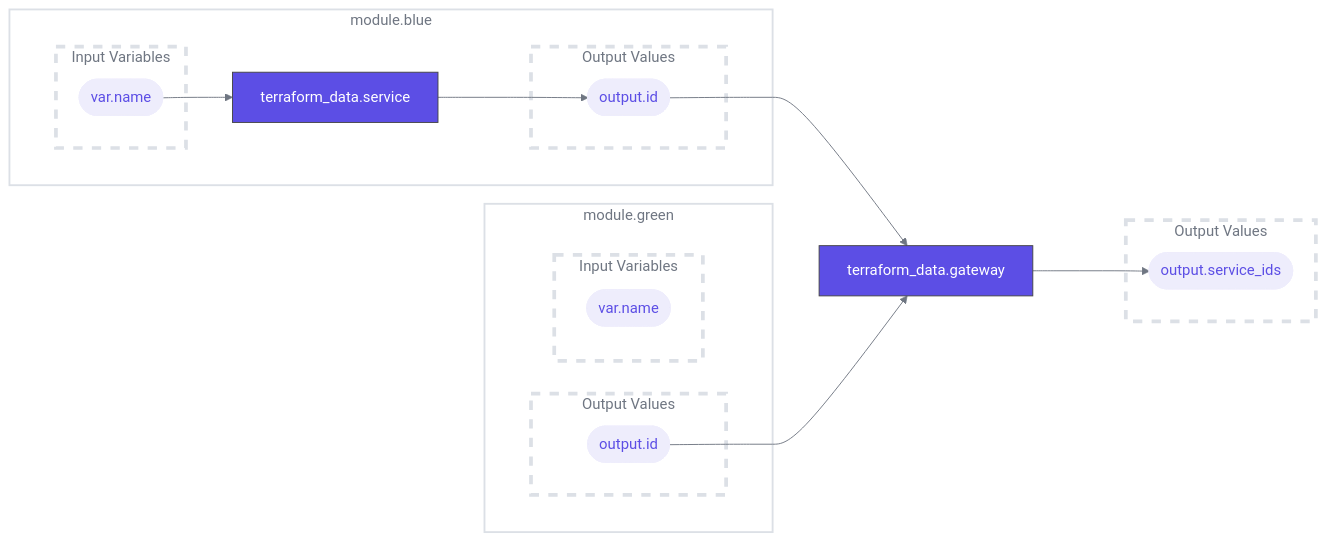
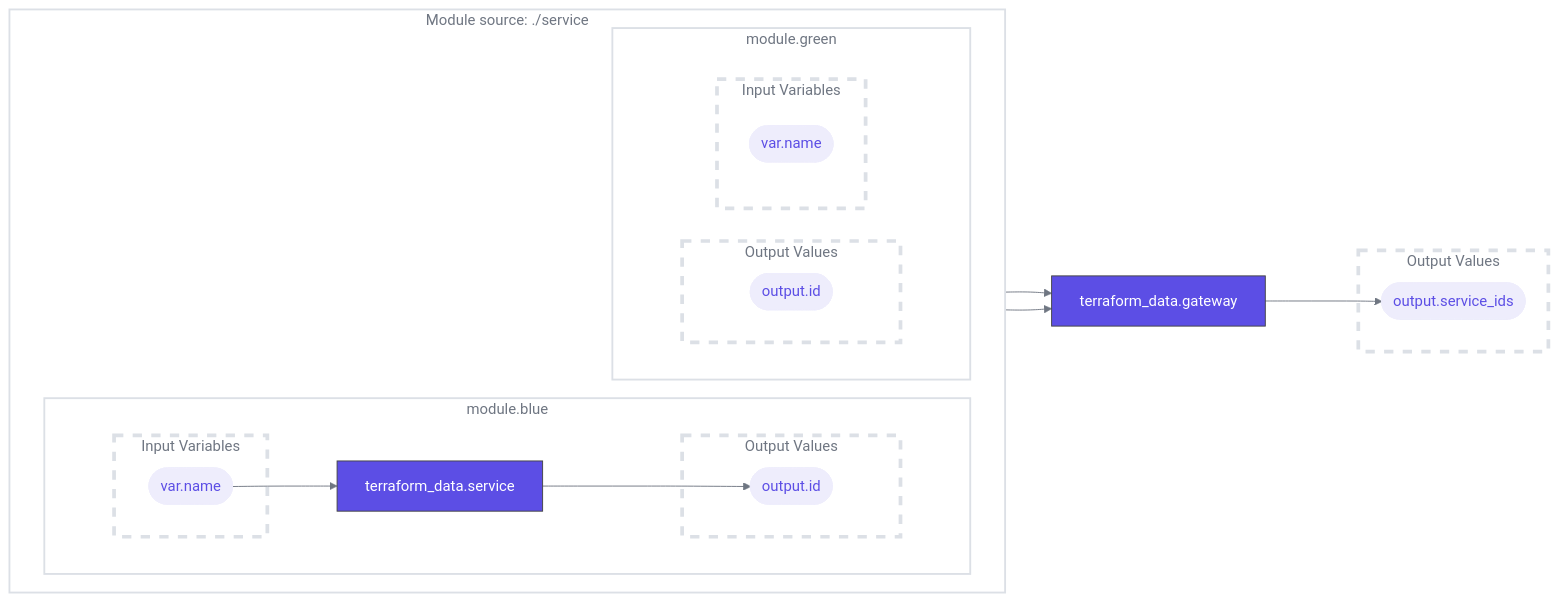
The third of 21 diagrams in README.md (asannou/tfmermaid-action), drawn with Mermaid before and after one commit. The commit also changed other lines of this file and 7 other files, not shown here.

````diff
--- a/README.md
+++ b/README.md
@@ -135,50 +136,55 @@
 ```mermaid
 %%tfmermaid:module-views/representative
 %%{init:{"theme":"default","themeVariables":{"lineColor":"#6f7682","textColor":"#6f7682"}}}%%
 flowchart LR
 classDef r fill:#5c4ee5,stroke:#444,color:#fff
 classDef v fill:#eeedfc,stroke:#eeedfc,color:#5c4ee5
 classDef ms fill:none,stroke:#dce0e6,stroke-width:2px
 classDef vs fill:none,stroke:#dce0e6,stroke-width:4px,stroke-dasharray:10
 classDef ps fill:none,stroke:none
 classDef cs fill:#f7f8fa,stroke:#dce0e6,stroke-width:2px
-subgraph "n0"["module.blue"]
-subgraph "n0_padding"[" "]
-n1["terraform_data.service"]:::r
-subgraph "n2"["Output Values"]
-n3(["output.id"]):::v
+n0["terraform_data.gateway"]:::r
+subgraph "n1"["Output Values"]
+n2(["output.service_ids"]):::v
 end
-class n2 vs
-subgraph "n4"["Input Variables"]
-n5(["var.name"]):::v
+class n1 vs
+subgraph "n3"["Module source: ./service"]
+direction LR
+subgraph "n4"["module.blue"]
+subgraph "n4_padding"[" "]
+n5["terraform_data.service"]:::r
+subgraph "n6"["Output Values"]
+n7(["output.id"]):::v
 end
-class n4 vs
-end
-class n0_padding ps
-end
-class n0 ms
-n6["terraform_data.gateway"]:::r
-subgraph "n7"["module.green"]
-subgraph "n7_padding"[" "]
-subgraph "n8"["Output Values"]
-n9(["output.id"]):::v
+class n6 vs
+subgraph "n8"["Input Variables"]
+n9(["var.name"]):::v
 end
 class n8 vs
-subgraph "na"["Input Variables"]
-nb(["var.name"]):::v
 end
-class na vs
+class n4_padding ps
 end
-class n7_padding ps
+class n4 ms
+subgraph "na"["module.green"]
+subgraph "na_padding"[" "]
+subgraph "nb"["Output Values"]
+nc(["output.id"]):::v
 end
-class n7 ms
-subgraph "nc"["Output Values"]
-nd(["output.service_ids"]):::v
+class nb vs
+subgraph "nd"["Input Variables"]
+ne(["var.name"]):::v
 end
-class nc vs
-n1-->n3
-n5-->n1
-n6--->nd
-n3-->n6
-n9-->n6
+class nd vs
+end
+class na_padding ps
+end
+class na ms
+end
+class n3 ms
+style n3 fill:none,stroke:#dce0e6,stroke-width:2px
+n5-->n7
+n9-->n5
+n0--->n2
+n7-->n0
+nc-->n0
 ```
````
